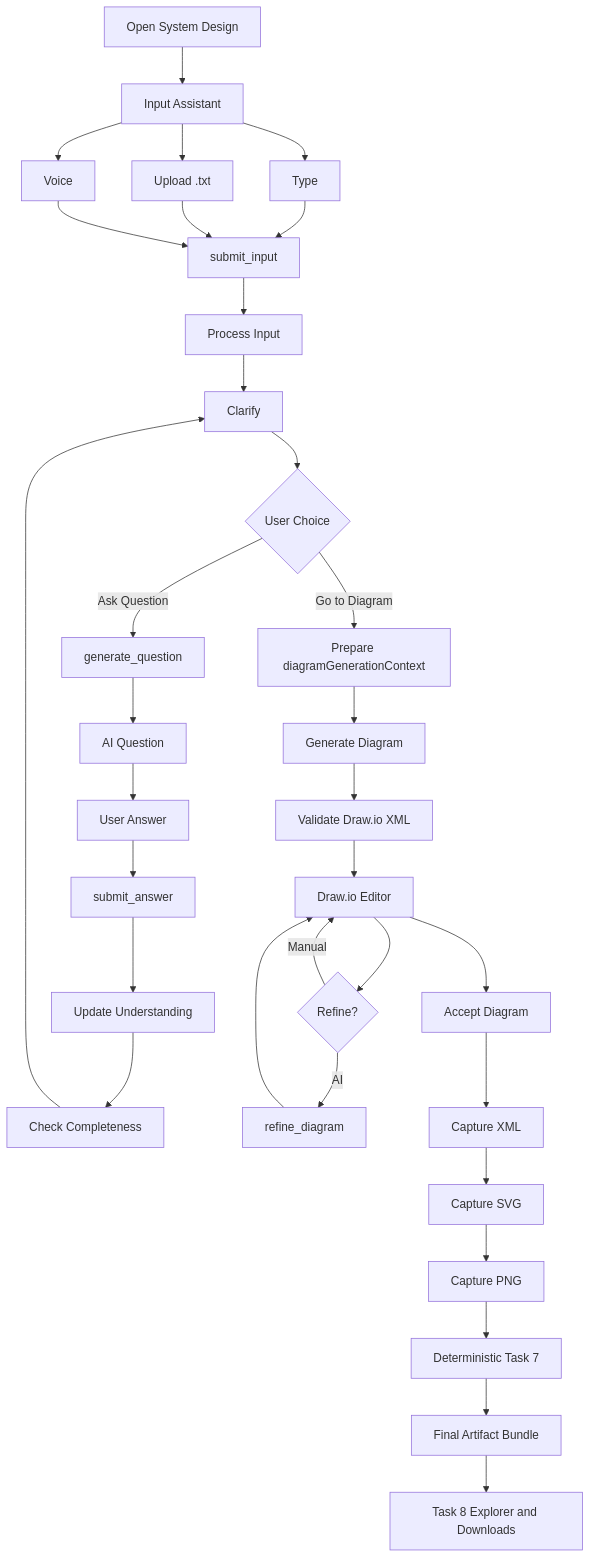
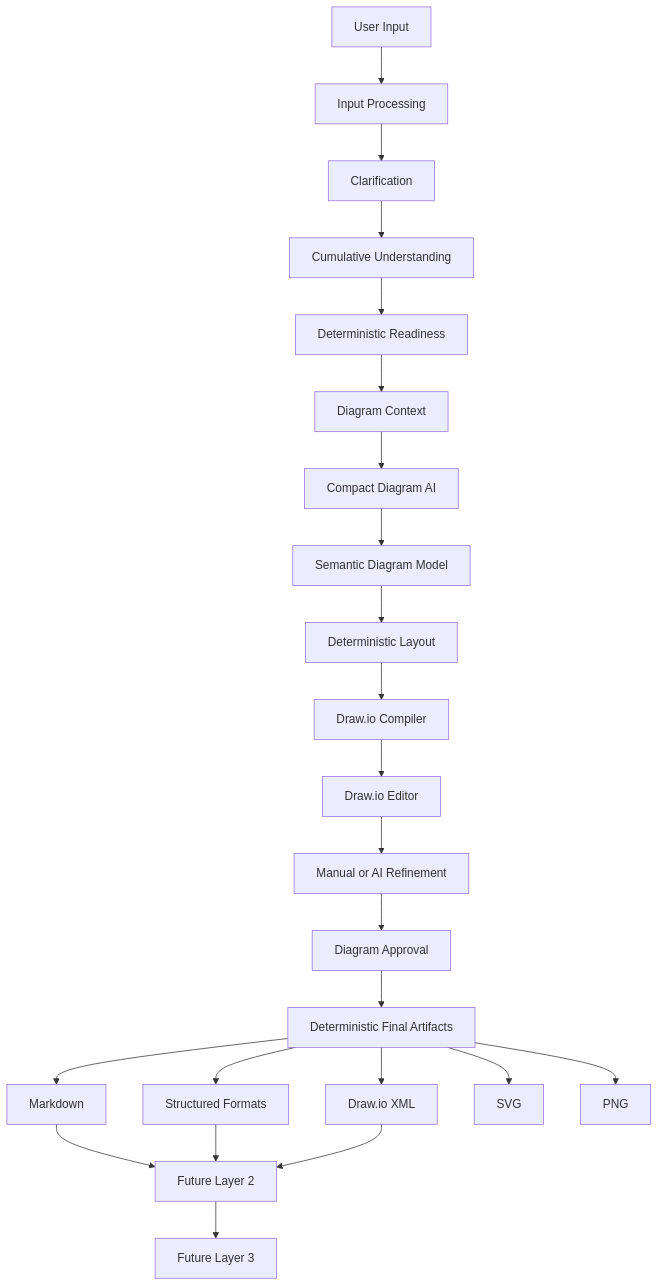
Before and after one commit to ProductMasterz/Mujarrad-Frontend: the diagram in Docs/system-design-detailed-plan.md, drawn with Mermaid. The commit also changed other lines of this file and 35 other files, not shown here.

Commit message:
Upgrade Layer 1 clarification and diagram intelligence

````diff
--- a/Docs/system-design-detailed-plan.md
+++ b/Docs/system-design-detailed-plan.md
@@ -2361,44 +141,29 @@
 ```mermaid
 flowchart TD
-    A[Open System Design] --> B[Input Assistant]
+    A[User Input] --> B[Input Processing]
+    B --> C[Clarification]
+    C --> D[Cumulative Understanding]
+    D --> E[Deterministic Readiness]
+    E --> F[Diagram Context]
 
-    B --> B1[Type]
-    B --> B2[Upload .txt]
-    B --> B3[Voice]
+    F --> G[Compact Diagram AI]
+    G --> H[Semantic Diagram Model]
+    H --> I[Deterministic Layout]
+    I --> J[Draw.io Compiler]
+    J --> K[Draw.io Editor]
 
-    B1 --> C[submit_input]
-    B2 --> C
-    B3 --> C
+    K --> L[Manual or AI Refinement]
+    L --> M[Diagram Approval]
+    M --> N[Deterministic Final Artifacts]
 
-    C --> D[Process Input]
-    D --> E[Clarify]
+    N --> O[Markdown]
+    N --> P[Structured Formats]
+    N --> Q[Draw.io XML]
+    N --> R[SVG]
+    N --> S[PNG]
 
-    E --> F{User Choice}
-    F -->|Ask Question| G[generate_question]
-    G --> H[AI Question]
-    H --> I[User Answer]
-    I --> J[submit_answer]
-    J --> K[Update Understanding]
-    K --> L[Check Completeness]
-    L --> E
-
-    F -->|Go to Diagram| M[Prepare diagramGenerationContext]
-
-    M --> N[Generate Diagram]
-    N --> O[Validate Draw.io XML]
-    O --> P[Draw.io Editor]
-
-    P --> Q{Refine?}
-    Q -->|Manual| P
-    Q -->|AI| R[refine_diagram]
-    R --> P
-
-    P --> S[Accept Diagram]
-    S --> T[Capture XML]
-    T --> U[Capture SVG]
-    U --> V[Capture PNG]
-
-    V --> W[Deterministic Task 7]
-    W --> X[Final Artifact Bundle]
-    X --> Y[Task 8 Explorer and Downloads]
+    O --> T[Future Layer 2]
+    P --> T
+    Q --> T
+    T --> U[Future Layer 3]
 ```
````
